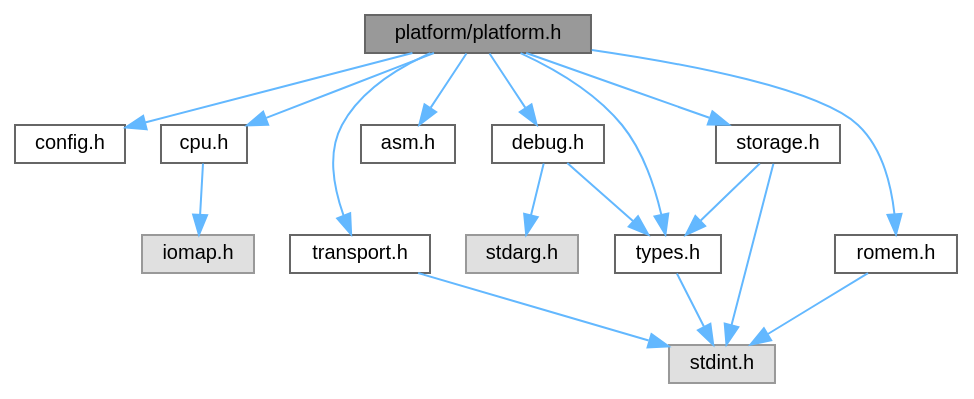
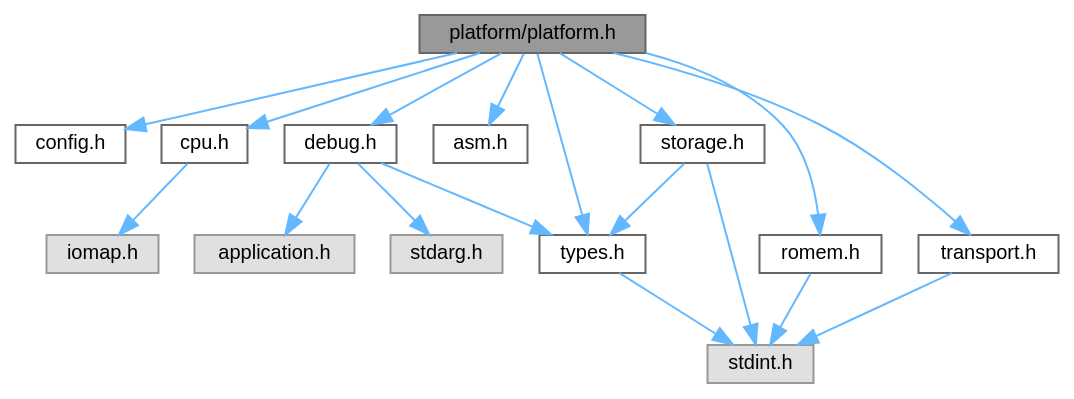
One commit to ebs-universe/piolib-platform changed the diagram in platform_8h__incl.dot. Above: the diagram before and after it, drawn with Graphviz. The commit also changed 52 other files, not shown here.

```diff
--- a/platform_8h__incl.dot
+++ b/platform_8h__incl.dot
@@ -1,36 +1,38 @@
 digraph "platform/platform.h"
 {
  // INTERACTIVE_SVG=YES
  // LATEX_PDF_SIZE
   bgcolor="transparent";
   edge [fontname=Helvetica,fontsize=10,labelfontname=Helvetica,labelfontsize=10];
   node [fontname=Helvetica,fontsize=10,shape=box,height=0.2,width=0.4];
   Node1 [id="Node000001",label="platform/platform.h",height=0.2,width=0.4,color="gray40", fillcolor="grey60", style="filled", fontcolor="black",tooltip=" "];
   Node1 -> Node2 [id="edge1_Node000001_Node000002",color="steelblue1",style="solid",tooltip=" "];
   Node2 [id="Node000002",label="config.h",height=0.2,width=0.4,color="grey40", fillcolor="white", style="filled",URL="$config_8h.html",tooltip=" "];
   Node1 -> Node3 [id="edge2_Node000001_Node000003",color="steelblue1",style="solid",tooltip=" "];
   Node3 [id="Node000003",label="types.h",height=0.2,width=0.4,color="grey40", fillcolor="white", style="filled",URL="$types_8h.html",tooltip=" "];
   Node3 -> Node4 [id="edge3_Node000003_Node000004",color="steelblue1",style="solid",tooltip=" "];
   Node4 [id="Node000004",label="stdint.h",height=0.2,width=0.4,color="grey60", fillcolor="#E0E0E0", style="filled",tooltip=" "];
   Node1 -> Node5 [id="edge4_Node000001_Node000005",color="steelblue1",style="solid",tooltip=" "];
   Node5 [id="Node000005",label="cpu.h",height=0.2,width=0.4,color="grey40", fillcolor="white", style="filled",URL="$cpu_8h.html",tooltip="Definitions for EBS CPU controls."];
   Node5 -> Node6 [id="edge5_Node000005_Node000006",color="steelblue1",style="solid",tooltip=" "];
   Node6 [id="Node000006",label="iomap.h",height=0.2,width=0.4,color="grey60", fillcolor="#E0E0E0", style="filled",tooltip=" "];
   Node1 -> Node7 [id="edge6_Node000001_Node000007",color="steelblue1",style="solid",tooltip=" "];
   Node7 [id="Node000007",label="asm.h",height=0.2,width=0.4,color="grey40", fillcolor="white", style="filled",URL="$asm_8h.html",tooltip="Helper Definitions for ASM files."];
   Node1 -> Node8 [id="edge7_Node000001_Node000008",color="steelblue1",style="solid",tooltip=" "];
   Node8 [id="Node000008",label="debug.h",height=0.2,width=0.4,color="grey40", fillcolor="white", style="filled",URL="$debug_8h.html",tooltip=" "];
   Node8 -> Node9 [id="edge8_Node000008_Node000009",color="steelblue1",style="solid",tooltip=" "];
-  Node9 [id="Node000009",label="stdarg.h",height=0.2,width=0.4,color="grey60", fillcolor="#E0E0E0", style="filled",tooltip=" "];
-  Node8 -> Node3 [id="edge9_Node000008_Node000003",color="steelblue1",style="solid",tooltip=" "];
-  Node1 -> Node10 [id="edge10_Node000001_Node000010",color="steelblue1",style="solid",tooltip=" "];
-  Node10 [id="Node000010",label="romem.h",height=0.2,width=0.4,color="grey40", fillcolor="white", style="filled",URL="$romem_8h.html",tooltip=" "];
-  Node10 -> Node4 [id="edge11_Node000010_Node000004",color="steelblue1",style="solid",tooltip=" "];
-  Node1 -> Node11 [id="edge12_Node000001_Node000011",color="steelblue1",style="solid",tooltip=" "];
-  Node11 [id="Node000011",label="transport.h",height=0.2,width=0.4,color="grey40", fillcolor="white", style="filled",URL="$transport_8h.html",tooltip="Definitions for EBS transports."];
-  Node11 -> Node4 [id="edge13_Node000011_Node000004",color="steelblue1",style="solid",tooltip=" "];
-  Node1 -> Node12 [id="edge14_Node000001_Node000012",color="steelblue1",style="solid",tooltip=" "];
-  Node12 [id="Node000012",label="storage.h",height=0.2,width=0.4,color="grey40", fillcolor="white", style="filled",URL="$storage_8h.html",tooltip=" "];
-  Node12 -> Node4 [id="edge15_Node000012_Node000004",color="steelblue1",style="solid",tooltip=" "];
-  Node12 -> Node3 [id="edge16_Node000012_Node000003",color="steelblue1",style="solid",tooltip=" "];
+  Node9 [id="Node000009",label="application.h",height=0.2,width=0.4,color="grey60", fillcolor="#E0E0E0", style="filled",tooltip=" "];
+  Node8 -> Node10 [id="edge9_Node000008_Node000010",color="steelblue1",style="solid",tooltip=" "];
+  Node10 [id="Node000010",label="stdarg.h",height=0.2,width=0.4,color="grey60", fillcolor="#E0E0E0", style="filled",tooltip=" "];
+  Node8 -> Node3 [id="edge10_Node000008_Node000003",color="steelblue1",style="solid",tooltip=" "];
+  Node1 -> Node11 [id="edge11_Node000001_Node000011",color="steelblue1",style="solid",tooltip=" "];
+  Node11 [id="Node000011",label="romem.h",height=0.2,width=0.4,color="grey40", fillcolor="white", style="filled",URL="$romem_8h.html",tooltip=" "];
+  Node11 -> Node4 [id="edge12_Node000011_Node000004",color="steelblue1",style="solid",tooltip=" "];
+  Node1 -> Node12 [id="edge13_Node000001_Node000012",color="steelblue1",style="solid",tooltip=" "];
+  Node12 [id="Node000012",label="transport.h",height=0.2,width=0.4,color="grey40", fillcolor="white", style="filled",URL="$transport_8h.html",tooltip="Definitions for EBS transports."];
+  Node12 -> Node4 [id="edge14_Node000012_Node000004",color="steelblue1",style="solid",tooltip=" "];
+  Node1 -> Node13 [id="edge15_Node000001_Node000013",color="steelblue1",style="solid",tooltip=" "];
+  Node13 [id="Node000013",label="storage.h",height=0.2,width=0.4,color="grey40", fillcolor="white", style="filled",URL="$storage_8h.html",tooltip=" "];
+  Node13 -> Node4 [id="edge16_Node000013_Node000004",color="steelblue1",style="solid",tooltip=" "];
+  Node13 -> Node3 [id="edge17_Node000013_Node000003",color="steelblue1",style="solid",tooltip=" "];
 }
```
